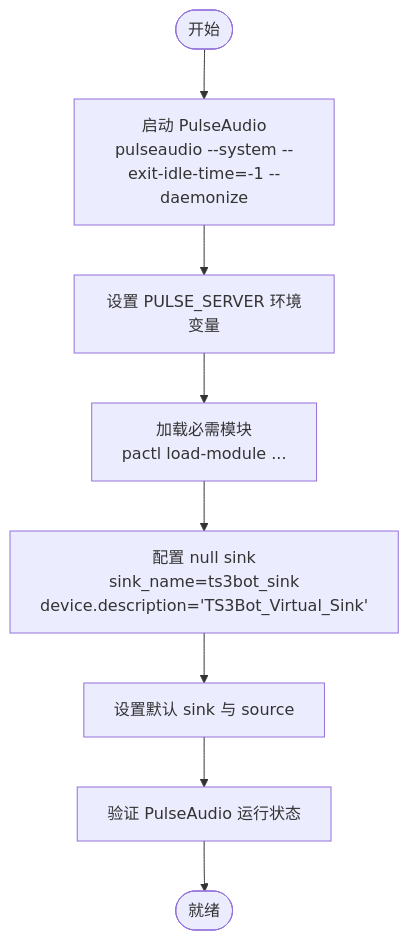
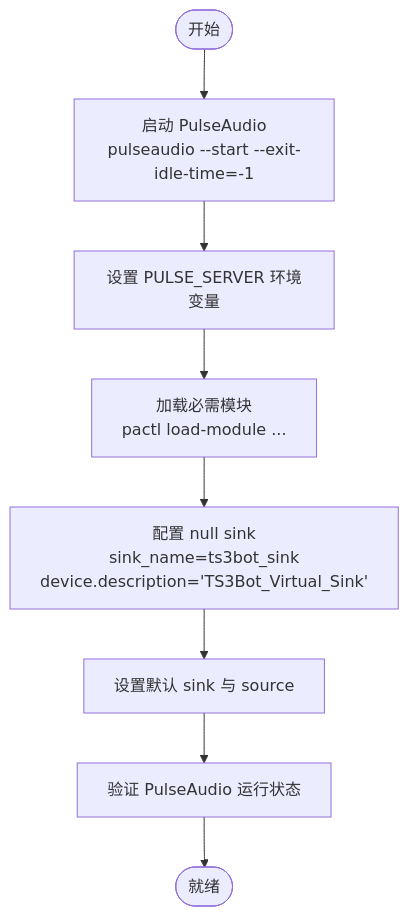
Before and after one commit to GhoulOwl/Teamspeak3_Bot: the third of 7 diagrams in .qoder/repowiki/zh/content/部署和运维/环境配置.md, drawn with Mermaid. The commit also changed other lines of this file and 5 other files, not shown here.

````diff
--- a/.qoder/repowiki/zh/content/部署和运维/环境配置.md
+++ b/.qoder/repowiki/zh/content/部署和运维/环境配置.md
@@ -152,10 +152,10 @@
 ```mermaid
 flowchart TD
-Start(["开始"]) --> LaunchPA["启动 PulseAudio<br/>pulseaudio --system --exit-idle-time=-1 --daemonize"]
+Start(["开始"]) --> LaunchPA["启动 PulseAudio<br/>pulseaudio --start --exit-idle-time=-1"]
 LaunchPA --> SetEnv["设置 PULSE_SERVER 环境变量"]
 SetEnv --> LoadModules["加载必需模块<br/>pactl load-module ..."]
 LoadModules --> Configure["配置 null sink<br/>sink_name=ts3bot_sink<br/>device.description='TS3Bot_Virtual_Sink'"]
 Configure --> SetDefault["设置默认 sink 与 source"]
 SetDefault --> Verify["验证 PulseAudio 运行状态"]
 Verify --> Ready(["就绪"])
 ```
````
